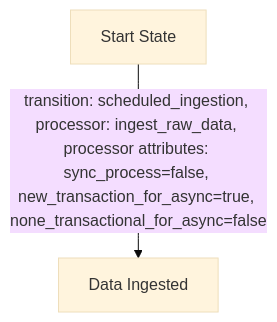
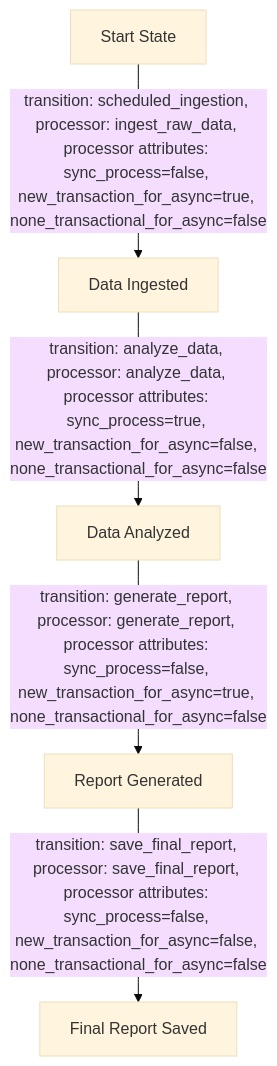
One commit to Ksenniya/quart-client-template changed the first of 2 diagrams in entity/app_design_prd.md. Above: the diagram before and after it, drawn with Mermaid (base theme). The commit also changed other lines of this file, not shown here.

Commit message:
saved entity/app_design_prd.md: bed7f643-daa5-11ef-855f-40c2ba0ac9eb

````diff
--- a/entity/app_design_prd.md
+++ b/entity/app_design_prd.md
@@ -46,5 +46,8 @@
 ```mermaid
 flowchart TD
     A[Start State] -->|transition: scheduled_ingestion, processor: ingest_raw_data, processor attributes: sync_process=false, new_transaction_for_async=true, none_transactional_for_async=false| B[Data Ingested]
-    class A,B automated;
+    B -->|transition: analyze_data, processor: analyze_data, processor attributes: sync_process=true, new_transaction_for_async=false, none_transactional_for_async=false| C[Data Analyzed]
+    C -->|transition: generate_report, processor: generate_report, processor attributes: sync_process=false, new_transaction_for_async=true, none_transactional_for_async=false| D[Report Generated]
+    D -->|transition: save_final_report, processor: save_final_report, processor attributes: sync_process=false, new_transaction_for_async=false, none_transactional_for_async=false| E[Final Report Saved]
+    class A,B,C,D,E automated;
 ```
````
